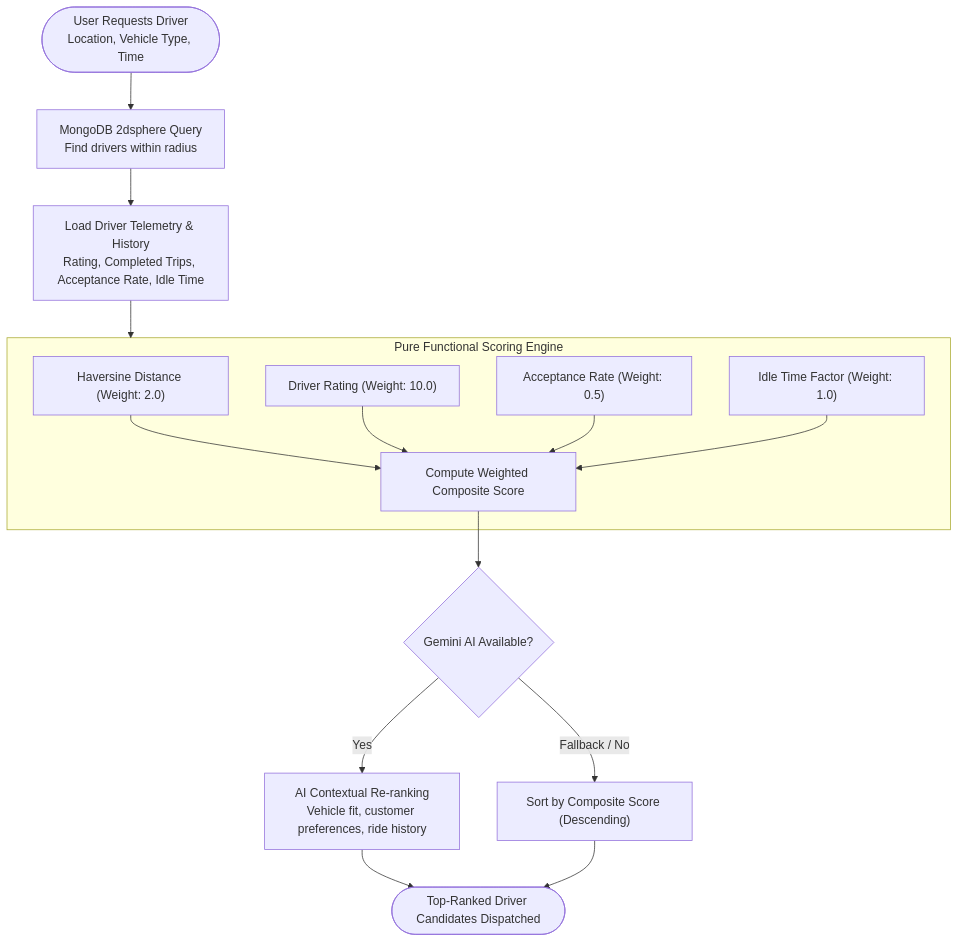
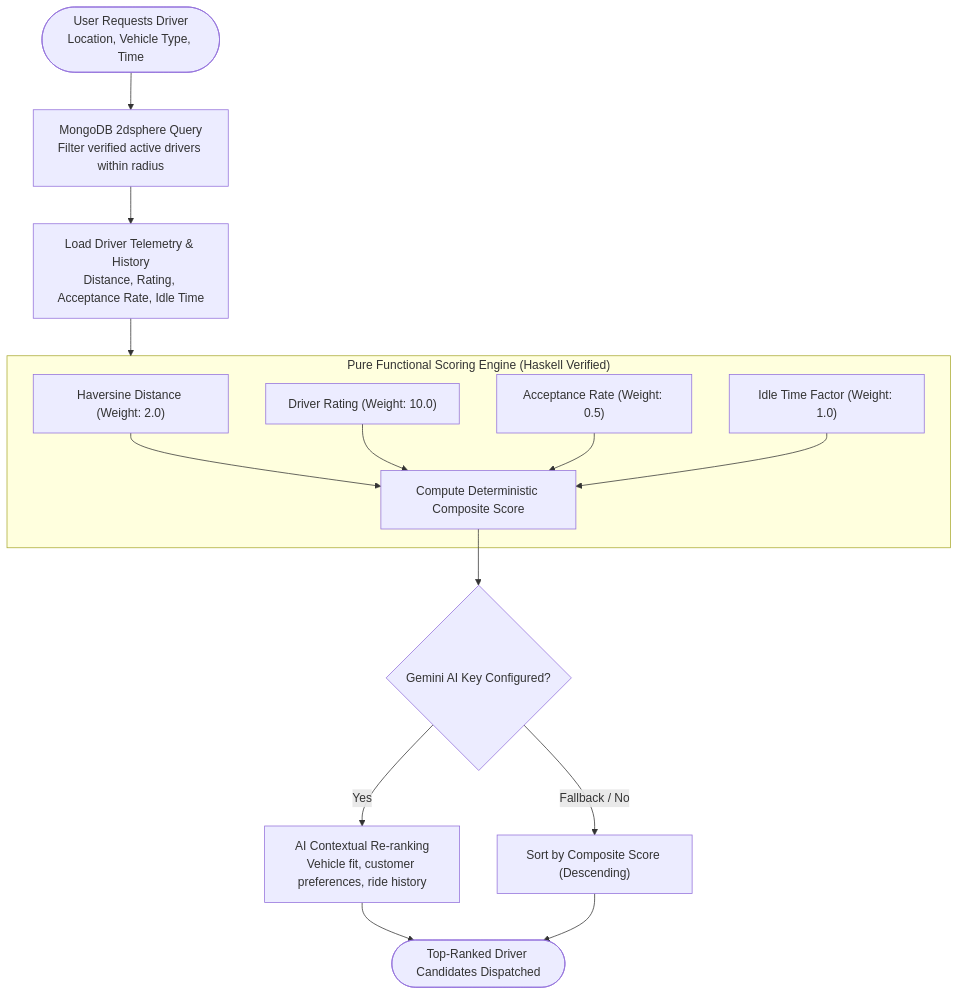
Before and after one commit to Susil-commits/MyMate: the third of 3 diagrams in readme.md, drawn with Mermaid. The commit also changed other lines of this file and 5 other files, not shown here.

````diff
--- a/readme.md
+++ b/readme.md
@@ -137,22 +148,21 @@
 ```mermaid
 flowchart TD
-    Start(["User Requests Driver<br/>Location, Vehicle Type, Time"]) --> Query["MongoDB 2dsphere Query<br/>Find drivers within radius"]
-    Query --> LoadData["Load Driver Telemetry & History<br/>Rating, Completed Trips, Acceptance Rate, Idle Time"]
+    Start(["User Requests Driver<br/>Location, Vehicle Type, Time"]) --> Query["MongoDB 2dsphere Query<br/>Filter verified active drivers within radius"]
+    Query --> LoadData["Load Driver Telemetry & History<br/>Distance, Rating, Acceptance Rate, Idle Time"]
     
-    LoadData --> ScoringEngine["Deterministic Weighted Calculation"]
-    
-    subgraph ScoringEngine["Pure Functional Scoring Engine"]
+    subgraph ScoringEngine["Pure Functional Scoring Engine (Haskell Verified)"]
         S1["Haversine Distance (Weight: 2.0)"]
         S2["Driver Rating (Weight: 10.0)"]
         S3["Acceptance Rate (Weight: 0.5)"]
         S4["Idle Time Factor (Weight: 1.0)"]
-        S1 & S2 & S3 & S4 --> Composite["Compute Weighted Composite Score"]
+        S1 & S2 & S3 & S4 --> Composite["Compute Deterministic Composite Score"]
     end
-
-    Composite --> AICheck{"Gemini AI Available?"}
+    
+    LoadData --> ScoringEngine
+    Composite --> AICheck{"Gemini AI Key Configured?"}
     AICheck -- Yes --> GeminiReRank["AI Contextual Re-ranking<br/>Vehicle fit, customer preferences, ride history"]
     AICheck -- Fallback / No --> HeuristicRank["Sort by Composite Score (Descending)"]
 
     GeminiReRank --> Output(["Top-Ranked Driver Candidates Dispatched"])
     HeuristicRank --> Output
 ```
````
